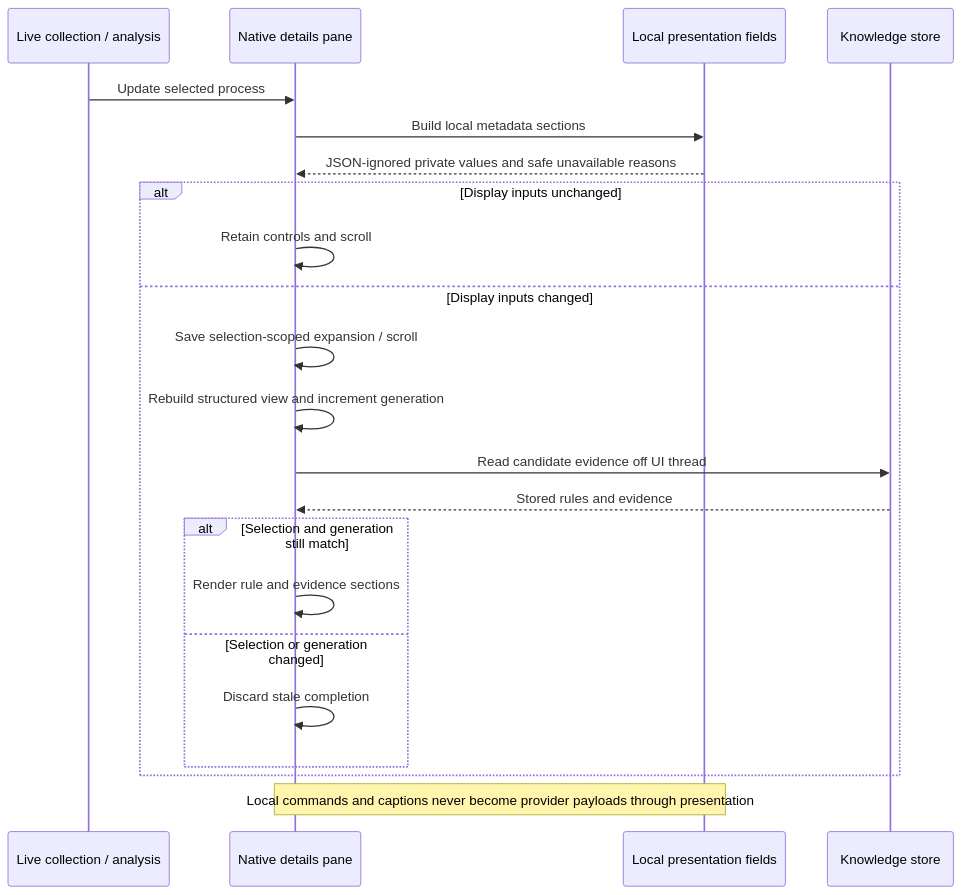
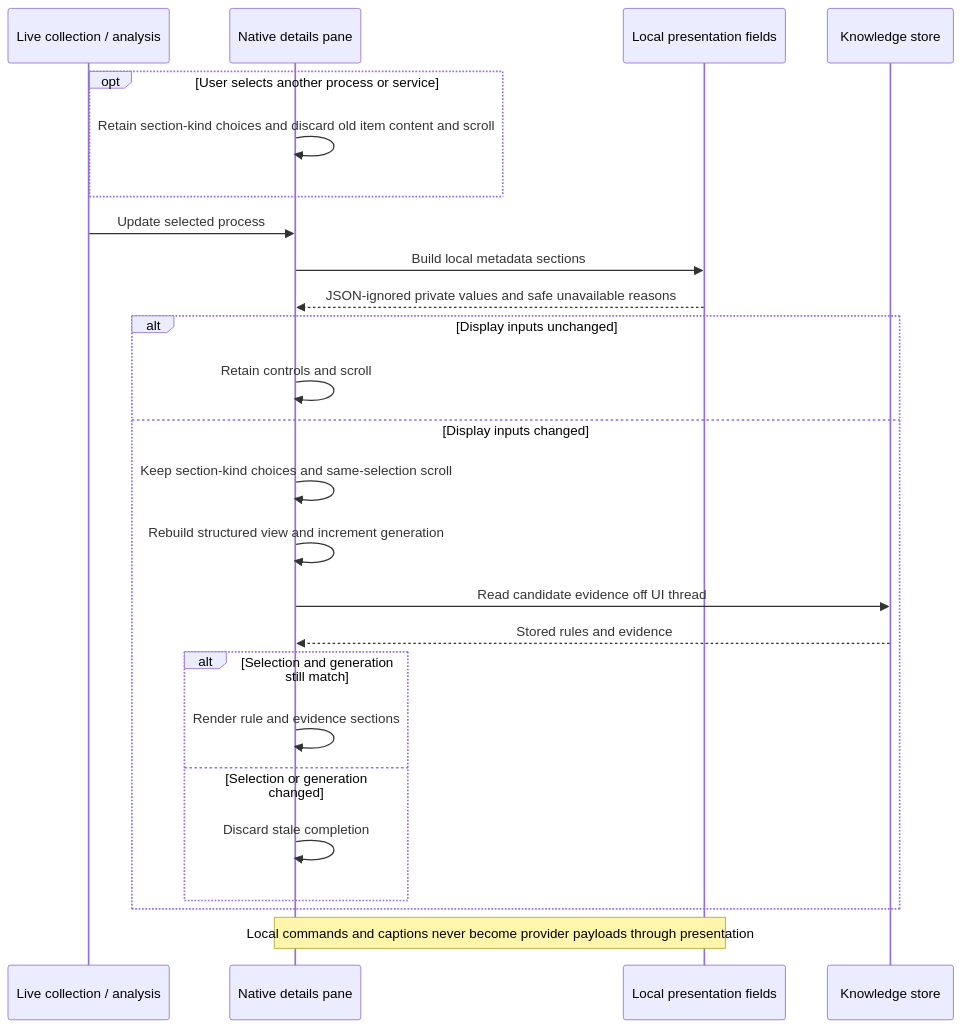
Before and after one commit to kiforsbe/procsight: diagram 23 of 24 in ARCHITECTURE.md, drawn with Mermaid. The commit also changed other lines of this file and 8 other files, not shown here.

Commit message:
fix: retain detail section choices across list selections

````diff
--- a/ARCHITECTURE.md
+++ b/ARCHITECTURE.md
@@ -1075,24 +1081,27 @@
 ```mermaid
 sequenceDiagram
     participant Live as Live collection / analysis
     participant Pane as Native details pane
     participant Model as Local presentation fields
     participant Store as Knowledge store
+    opt User selects another process or service
+        Pane->>Pane: Retain section-kind choices and discard old item content and scroll
+    end
     Live->>Pane: Update selected process
     Pane->>Model: Build local metadata sections
     Model-->>Pane: JSON-ignored private values and safe unavailable reasons
     alt Display inputs unchanged
         Pane->>Pane: Retain controls and scroll
     else Display inputs changed
-        Pane->>Pane: Save selection-scoped expansion / scroll
+        Pane->>Pane: Keep section-kind choices and same-selection scroll
         Pane->>Pane: Rebuild structured view and increment generation
         Pane->>Store: Read candidate evidence off UI thread
         Store-->>Pane: Stored rules and evidence
         alt Selection and generation still match
             Pane->>Pane: Render rule and evidence sections
         else Selection or generation changed
             Pane->>Pane: Discard stale completion
         end
     end
     Note over Pane,Model: Local commands and captions never become provider payloads through presentation
 ```
````
